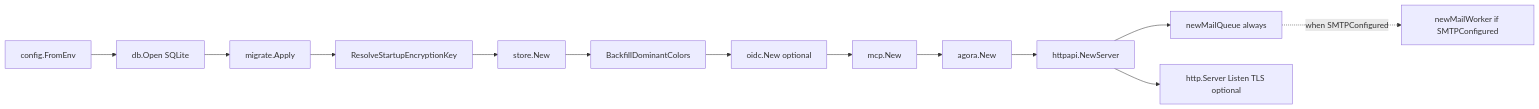
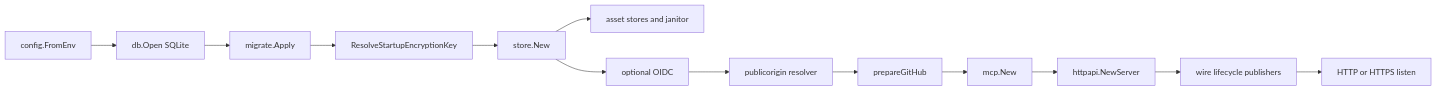
Before and after one commit to markrai/scrumboy: the first of 3 diagrams in docs/diagrams/scrumboy_bootstrap.md, drawn with Mermaid. The commit also changed other lines of this file and 189 other files, not shown here.

````diff
--- a/docs/diagrams/scrumboy_bootstrap.md
+++ b/docs/diagrams/scrumboy_bootstrap.md
@@ -5,22 +5,23 @@
 ```mermaid
 flowchart LR
   Env[config.FromEnv]
   DB[db.Open SQLite]
   Mig[migrate.Apply]
   Key[ResolveStartupEncryptionKey]
   Store[store.New]
-  Color[BackfillDominantColors]
-  OIDC[oidc.New optional]
+  Assets[asset stores and janitor]
+  OIDC[optional OIDC]
+  PublicOrigin[publicorigin resolver]
+  GitHub[prepareGitHub]
   MCP[mcp.New]
-  Agora[agora.New]
-  Srv[httpapi.NewServer]
-  MailQ[newMailQueue always]
-  MailW[newMailWorker if SMTPConfigured]
-  Listen[http.Server Listen TLS optional]
+  Server[httpapi.NewServer]
+  Publishers[wire lifecycle publishers]
+  Listen[HTTP or HTTPS listen]
 
-  Env --> DB --> Mig --> Key --> Store --> Color
-  Color --> OIDC
-  OIDC --> MCP --> Agora --> Srv --> Listen
-  Srv --> MailQ
-  MailQ -. when SMTPConfigured .-> MailW
+  Env --> DB --> Mig --> Key --> Store
+  Store --> Assets
+  Store --> OIDC
+  OIDC --> PublicOrigin
+  PublicOrigin --> GitHub
+  GitHub --> MCP --> Server --> Publishers --> Listen
 ```
````
